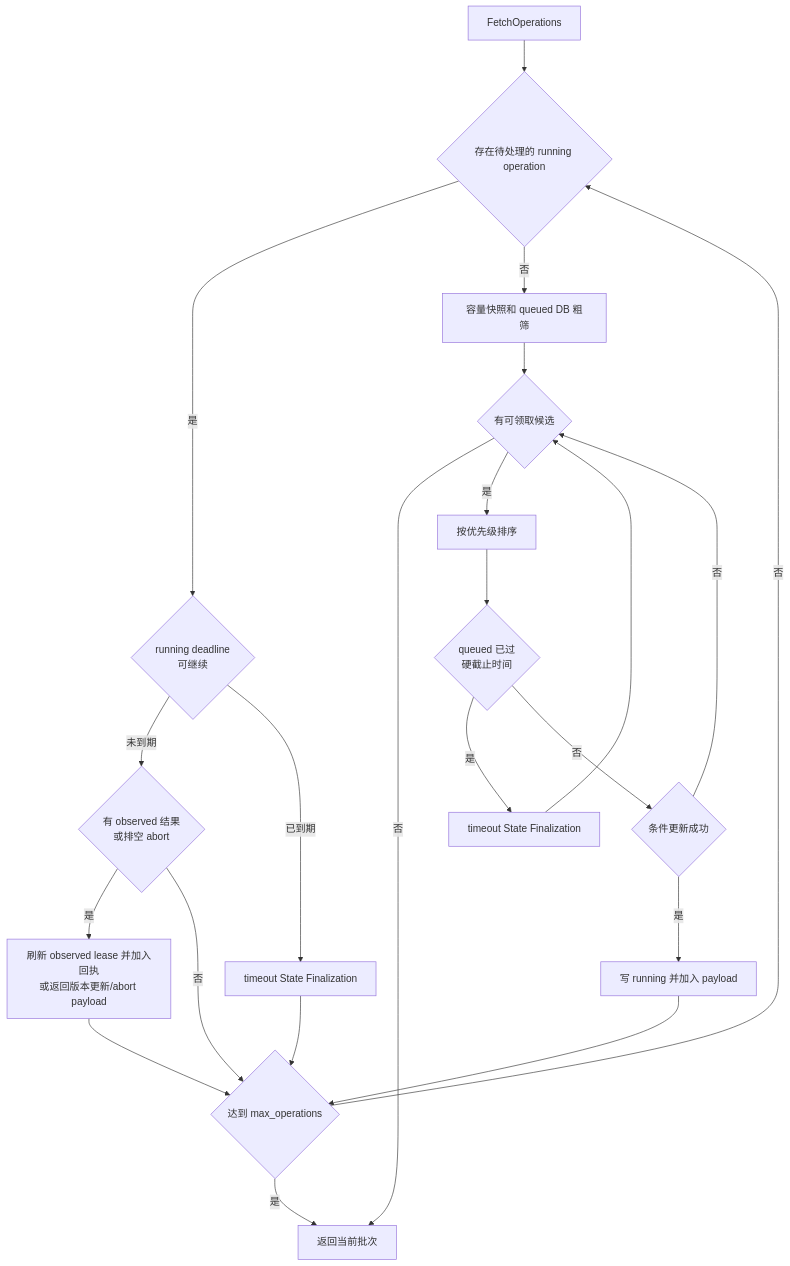
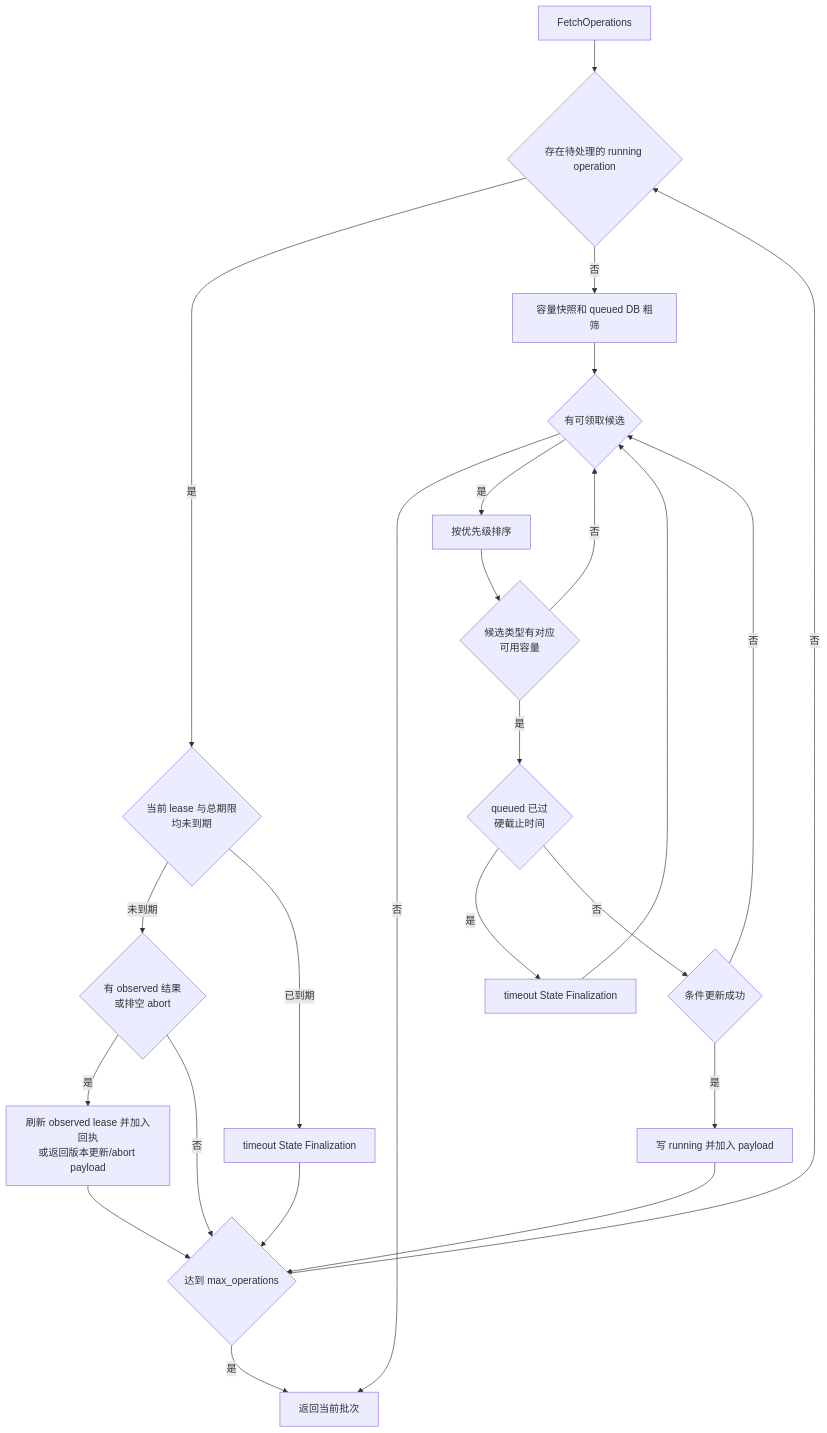
One commit to ExplodingDragon/gitea-dev changed the third of 9 diagrams in src/state-machine.md. Above: the diagram before and after it, drawn with Mermaid. The commit also changed other lines of this file and 10 other files, not shown here.

````diff
--- a/src/state-machine.md
+++ b/src/state-machine.md
@@ -312,40 +323,43 @@
 ```mermaid
 flowchart TD
     fetch["FetchOperations"]
     recover{"存在待处理的 running operation"}
-    runningDeadline{"running deadline<br/>可继续"}
+    runningDeadline{"当前 lease 与总期限<br/>均未到期"}
     runningAction{"有 observed 结果<br/>或排空 abort"}
     resend["刷新 observed lease 并加入回执<br/>或返回版本更新/abort payload"]
     runningTimeout["timeout State Finalization"]
     limit{"达到 max_operations"}
     prepare["容量快照和 queued DB 粗筛"]
     filter{"有可领取候选"}
     sort["按优先级排序"]
+    capacity{"候选类型有对应<br/>可用容量"}
     queuedDeadline{"queued 已过<br/>硬截止时间"}
     queuedTimeout["timeout State Finalization"]
     claim{"条件更新成功"}
     payload["写 running 并加入 payload"]
     done["返回当前批次"]
 
     fetch --> recover
     recover -- 是 --> runningDeadline
     runningDeadline -- 未到期 --> runningAction
     runningDeadline -- 已到期 --> runningTimeout
     runningAction -- 是 --> resend
     runningAction -- 否 --> limit
     resend --> limit
     runningTimeout --> limit
     recover -- 否 --> prepare
     limit -- 是 --> done
     limit -- 否 --> recover
     prepare --> filter
     filter -- 否 --> done
     filter -- 是 --> sort
-    sort --> queuedDeadline
+    sort --> capacity
+    capacity -- 否 --> filter
+    capacity -- 是 --> queuedDeadline
     queuedDeadline -- 是 --> queuedTimeout
     queuedTimeout --> filter
     queuedDeadline -- 否 --> claim
     claim -- 否 --> filter
     claim -- 是 --> payload
     payload --> limit
 ```
````
